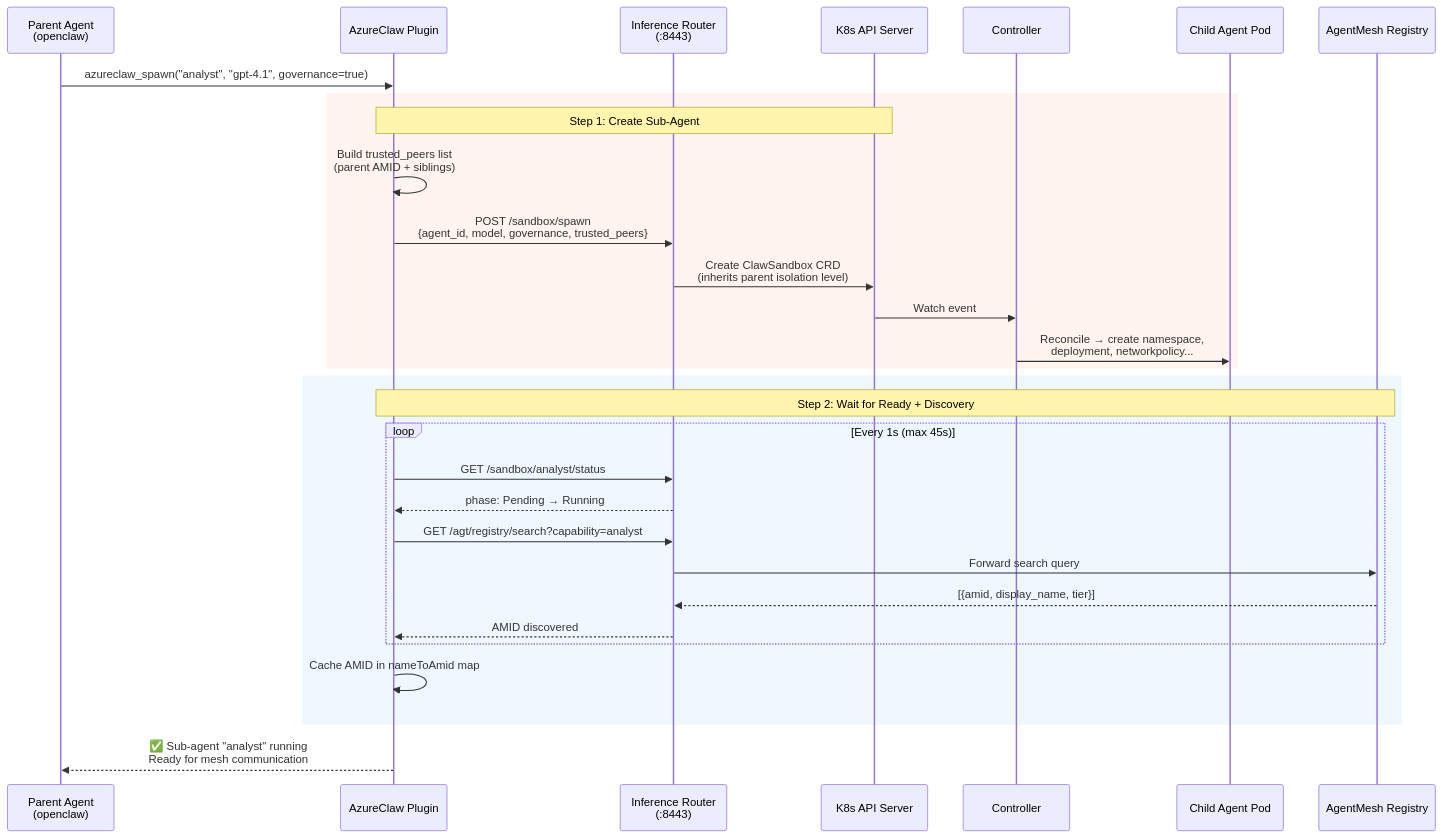
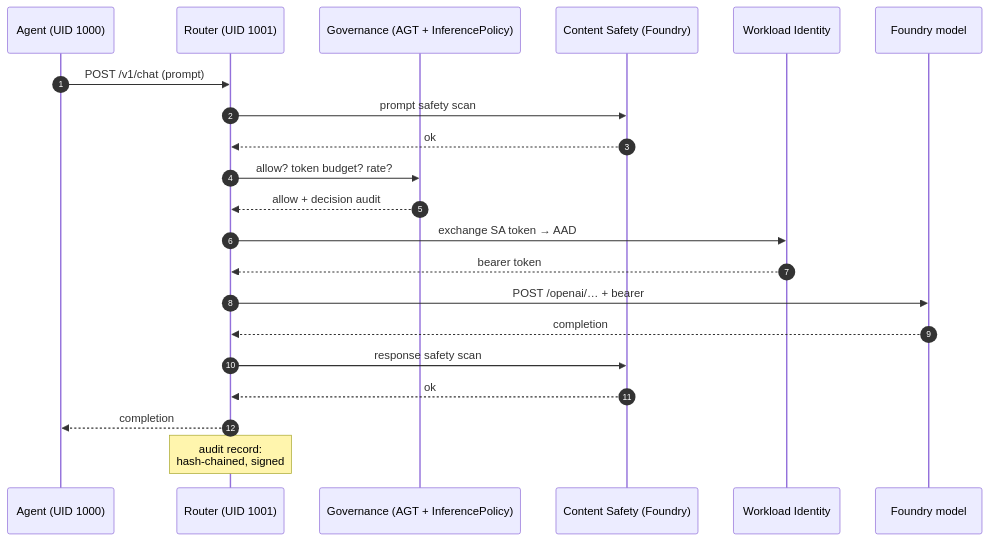
One commit to Azure/kars changed the third of 9 diagrams in docs/architecture-diagrams.md. Above: the diagram before and after it, drawn with Mermaid. The commit also changed other lines of this file and 1 other file, not shown here.

First line of the commit message:
docs(revamp-C): rewrite architecture.md and architecture-diagrams.md

````diff
--- a/docs/architecture-diagrams.md
+++ b/docs/architecture-diagrams.md
@@ -250,36 +82,24 @@
 ```mermaid
 sequenceDiagram
-    participant Parent as Parent Agent<br/>(openclaw)
-    participant Plugin as AzureClaw Plugin
-    participant Router as Inference Router<br/>(:8443)
-    participant K8s as K8s API Server
-    participant Ctrl as Controller
-    participant Child as Child Agent Pod
-    participant Registry as AgentMesh Registry
+  autonumber
+  participant Agent as Agent (UID 1000)
+  participant Router as Router (UID 1001)
+  participant Gov as Governance (AGT + InferencePolicy)
+  participant CS as Content Safety (Foundry)
+  participant WI as Workload Identity
+  participant Foundry as Foundry model
 
-    Parent->>Plugin: azureclaw_spawn("analyst", "gpt-4.1", governance=true)
-
-    rect rgb(255, 245, 238)
-        Note over Plugin,K8s: Step 1: Create Sub-Agent
-        Plugin->>Plugin: Build trusted_peers list<br/>(parent AMID + siblings)
-        Plugin->>Router: POST /sandbox/spawn<br/>{agent_id, model, governance, trusted_peers}
-        Router->>K8s: Create ClawSandbox CRD<br/>(inherits parent isolation level)
-        K8s->>Ctrl: Watch event
-        Ctrl->>Child: Reconcile → create namespace,<br/>deployment, networkpolicy...
-    end
-
-    rect rgb(240, 248, 255)
-        Note over Plugin,Registry: Step 2: Wait for Ready + Discovery
-        loop Every 1s (max 45s)
-            Plugin->>Router: GET /sandbox/analyst/status
-            Router-->>Plugin: phase: Pending → Running
-            Plugin->>Router: GET /agt/registry/search?capability=analyst
-            Router->>Registry: Forward search query
-            Registry-->>Router: [{amid, display_name, tier}]
-            Router-->>Plugin: AMID discovered
-        end
-        Plugin->>Plugin: Cache AMID in nameToAmid map
-    end
-
-    Plugin-->>Parent: ✅ Sub-agent "analyst" running<br/>Ready for mesh communication
+  Agent->>Router: POST /v1/chat (prompt)
+  Router->>CS: prompt safety scan
+  CS-->>Router: ok
+  Router->>Gov: allow? token budget? rate?
+  Gov-->>Router: allow + decision audit
+  Router->>WI: exchange SA token → AAD
+  WI-->>Router: bearer token
+  Router->>Foundry: POST /openai/… + bearer
+  Foundry-->>Router: completion
+  Router->>CS: response safety scan
+  CS-->>Router: ok
+  Router-->>Agent: completion
+  Note over Router: audit record:<br/>hash-chained, signed
 ```
````
